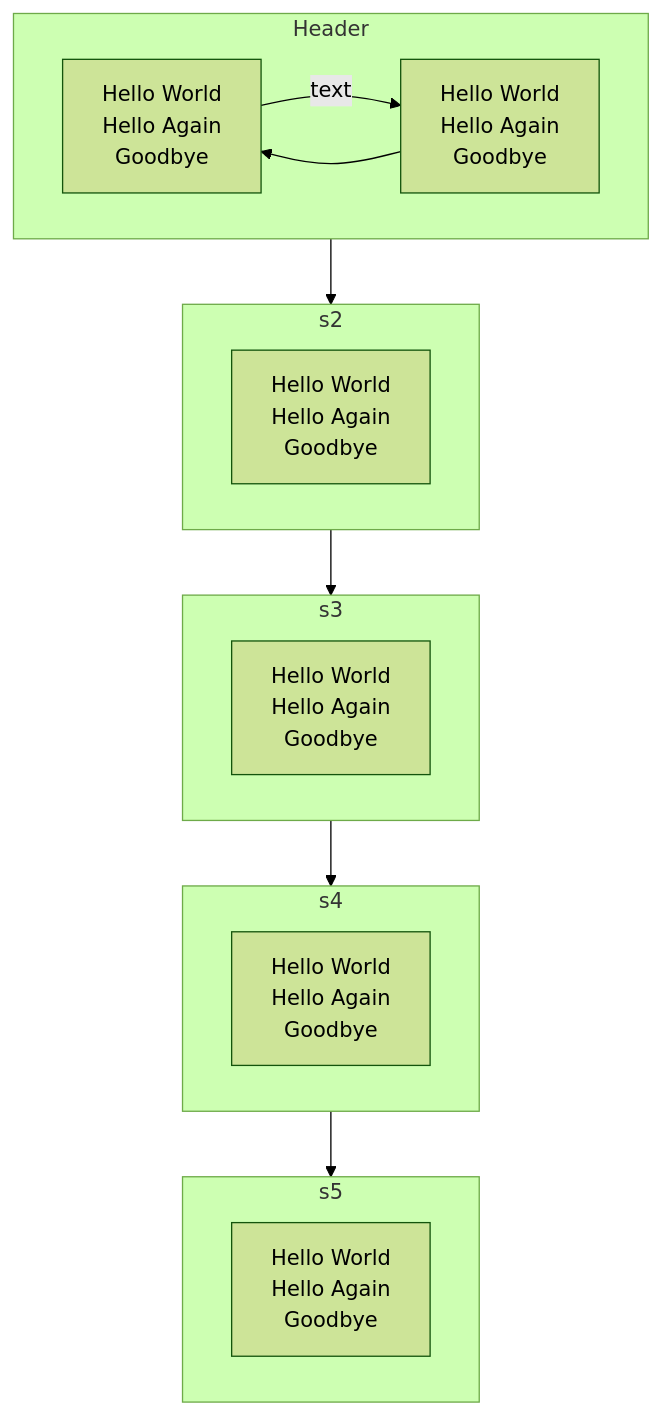
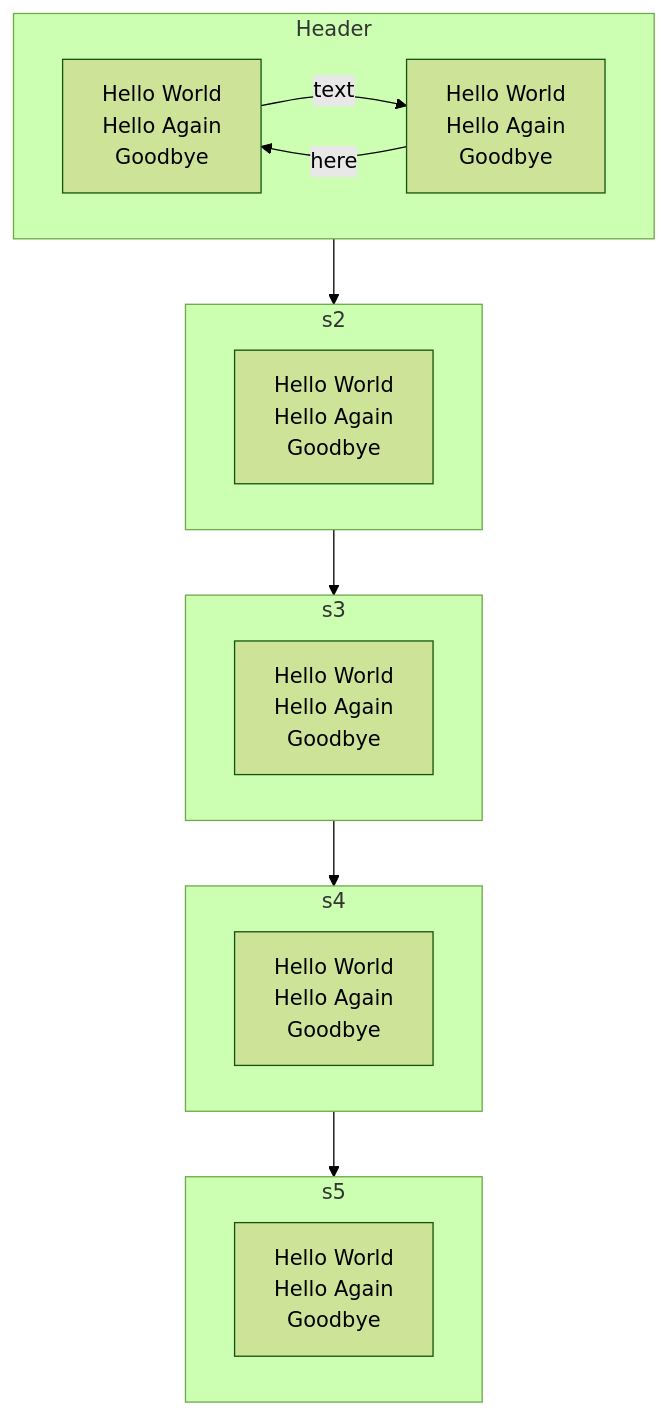
One commit to Alex-Rafter/wiki changed the diagram in daily/2023-05-13.md. Above: the diagram before and after it, drawn with Mermaid (forest theme).

````diff
--- a/daily/2023-05-13.md
+++ b/daily/2023-05-13.md
@@ -5,62 +5,62 @@
 ```mermaid
 
 flowchart TD
 s1 --> s2
 s2 --> s3
 s3 --> s4
 s4 --> s5
 
 subgraph s1["Header"]
 
 direction LR
 
 s1Problems["
     Hello World
     Hello Again
     Goodbye
     "]
 
 s1DesProblems["
     Hello World
     Hello Again
     Goodbye
 "]
 
 s1Problems -- text --> s1DesProblems
-s1DesProblems --> s1Problems
+s1DesProblems -- here --> s1Problems
 
 end
 
 subgraph s2
 s2Problems["
     Hello World
     Hello Again
     Goodbye
     "]
 end
 
 subgraph s3
 s3Problems["
     Hello World
     Hello Again
     Goodbye
     "]
 end
 
 subgraph s4
 s4Problems["
     Hello World
     Hello Again
     Goodbye
     "]
 end
 
 subgraph s5
 s5Problems["
     Hello World
     Hello Again
     Goodbye
     "]
 end
 
 ```
````
